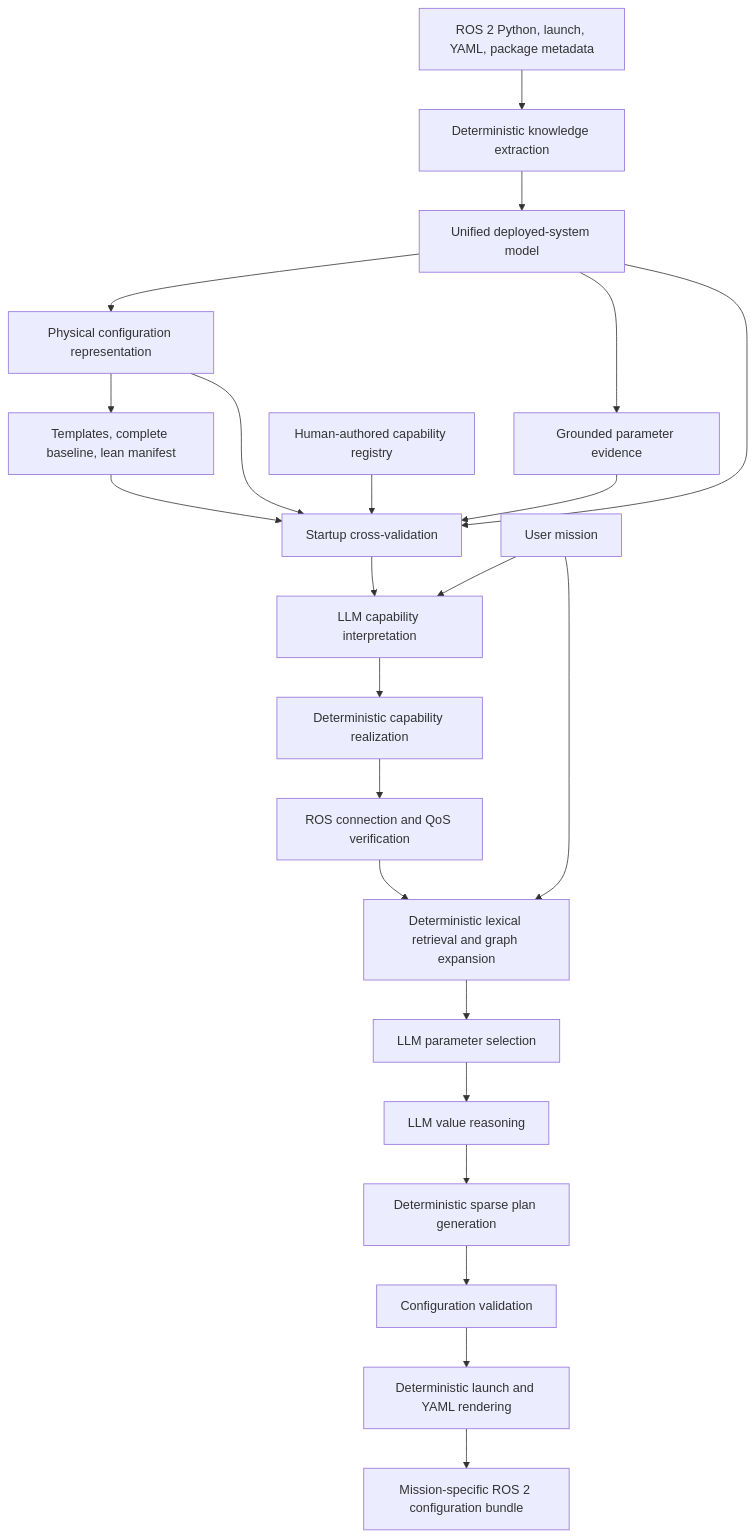
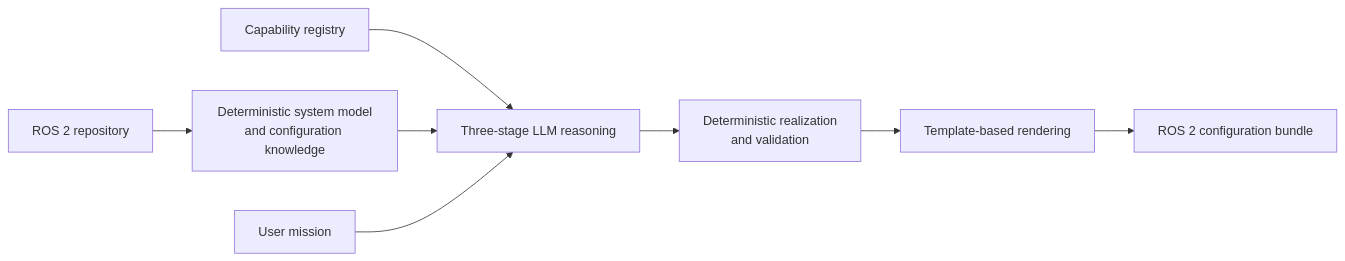
The first of 6 diagrams in zresearch_report/sections/proposed_solution_diagrams.md (AlfredPietraru/dizertatie), drawn with Mermaid before and after one commit. The commit also changed other lines of this file and 13 other files, not shown here.

````diff
--- a/zresearch_report/sections/proposed_solution_diagrams.md
+++ b/zresearch_report/sections/proposed_solution_diagrams.md
@@ -7,28 +7,10 @@
 ```mermaid
-flowchart TD
-    SRC[ROS 2 Python, launch, YAML, package metadata]
-    SRC --> EXT[Deterministic knowledge extraction]
-    EXT --> SYS[Unified deployed-system model]
-    SYS --> CFG[Physical configuration representation]
-    SYS --> EVD[Grounded parameter evidence]
-    CFG --> TPL[Templates, complete baseline, lean manifest]
-
-    REG[Human-authored capability registry] --> START[Startup cross-validation]
-    SYS --> START
-    CFG --> START
-    EVD --> START
-    TPL --> START
-
-    USER[User mission] --> CAP[LLM capability interpretation]
-    START --> CAP
-    CAP --> REAL[Deterministic capability realization]
-    REAL --> ROS[ROS connection and QoS verification]
-    ROS --> RET[Deterministic lexical retrieval and graph expansion]
-    USER --> RET
-    RET --> SEL[LLM parameter selection]
-    SEL --> VAL[LLM value reasoning]
-    VAL --> PLAN[Deterministic sparse plan generation]
-    PLAN --> CHECK[Configuration validation]
-    CHECK --> RENDER[Deterministic launch and YAML rendering]
-    RENDER --> OUT[Mission-specific ROS 2 configuration bundle]
+flowchart LR
+    SRC[ROS 2 repository] --> MODEL[Deterministic system model<br/>and configuration knowledge]
+    REG[Capability registry] --> REASON[Three-stage LLM reasoning]
+    MODEL --> REASON
+    USER[User mission] --> REASON
+    REASON --> VALIDATE[Deterministic realization<br/>and validation]
+    VALIDATE --> RENDER[Template-based rendering]
+    RENDER --> OUT[ROS 2 configuration bundle]
 ```
````
